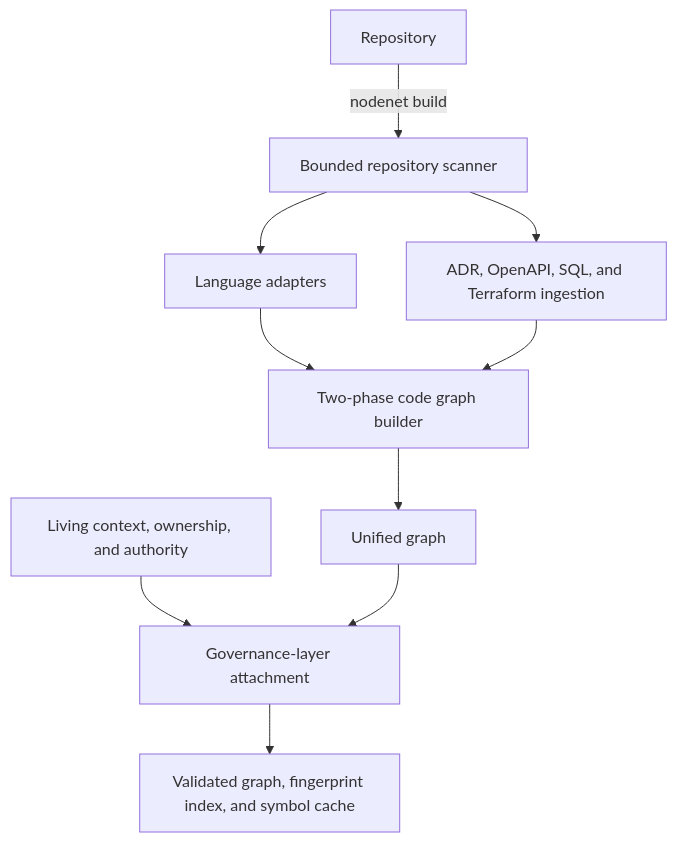
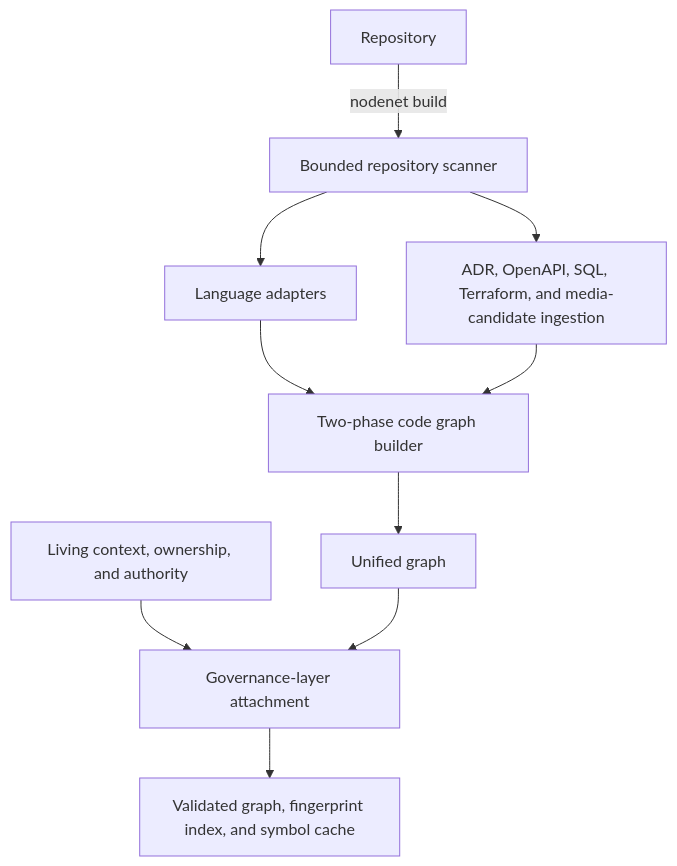
Before and after one commit to Lelianto/nodenet: the diagram in ARCHITECTURE.md, drawn with Mermaid. The commit also changed other lines of this file and 55 other files, not shown here.

````diff
--- a/ARCHITECTURE.md
+++ b/ARCHITECTURE.md
@@ -10,12 +10,12 @@
 ```mermaid
 flowchart TD
     repository["Repository"] -->|"nodenet build"| scanner["Bounded repository scanner"]
     scanner --> parser["Language adapters"]
-    scanner --> artifacts["ADR, OpenAPI, SQL, and Terraform ingestion"]
+    scanner --> artifacts["ADR, OpenAPI, SQL, Terraform, and media-candidate ingestion"]
     parser --> codeGraph["Two-phase code graph builder"]
     artifacts --> codeGraph
     codeGraph --> unified["Unified graph"]
     governance["Living context, ownership, and authority"] --> attach["Governance-layer attachment"]
     unified --> attach
     attach --> persisted["Validated graph, fingerprint index, and symbol cache"]
 ```
````
